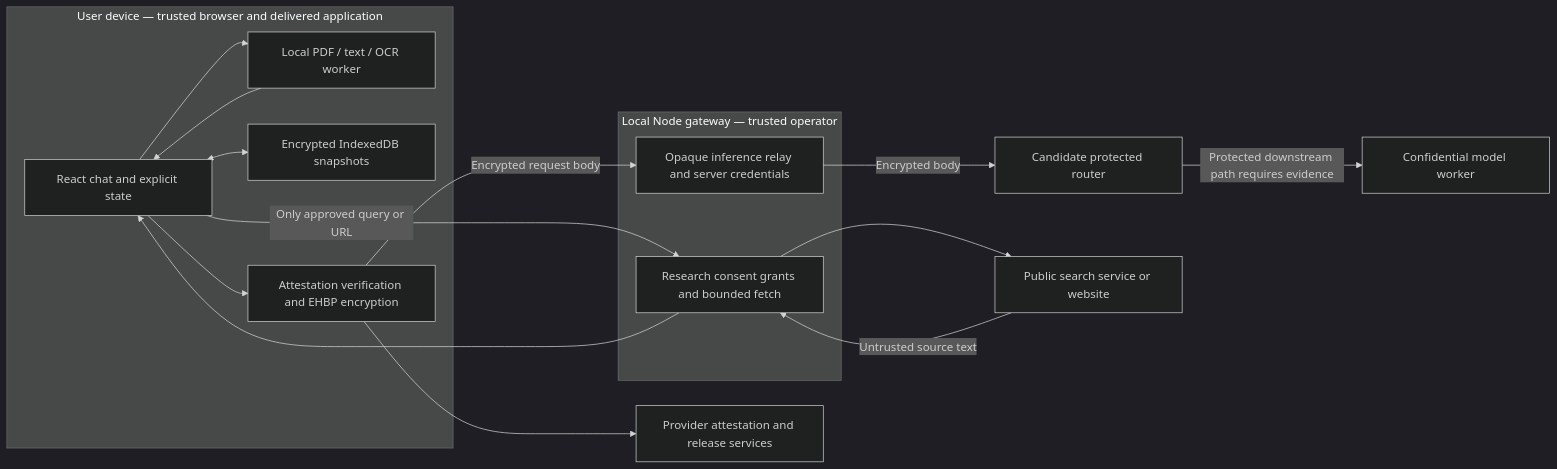
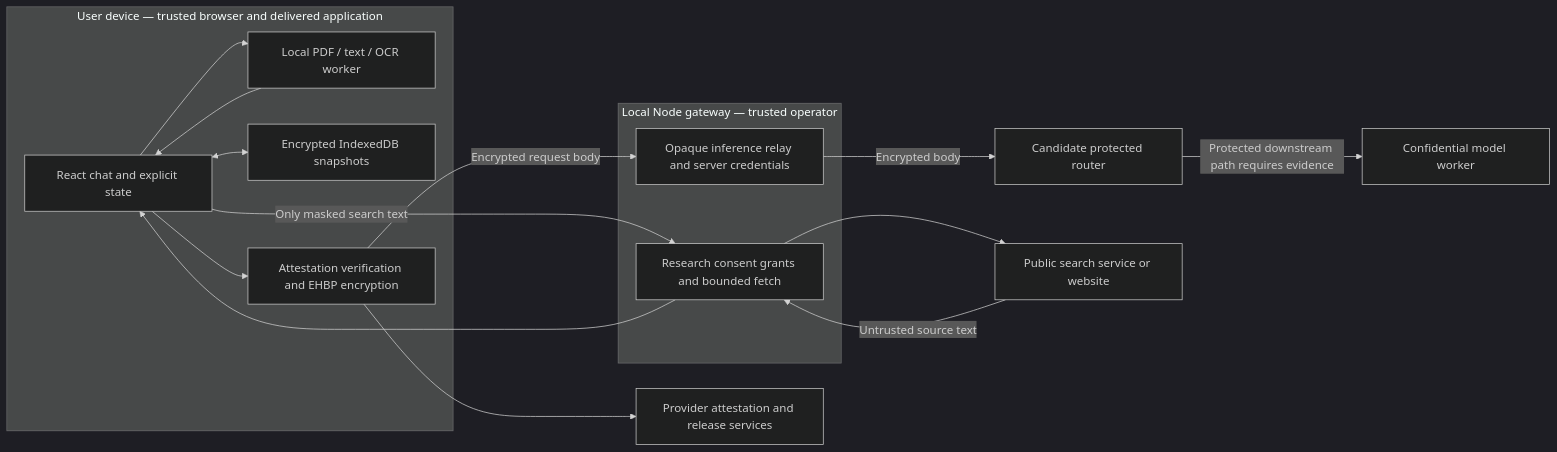
Before and after one commit to gyaneshsahu/Private_AI: the diagram in docs/ARCHITECTURE.md, drawn with Mermaid (dark theme). The commit also changed other lines of this file and 36 other files, not shown here.

````diff
--- a/docs/ARCHITECTURE.md
+++ b/docs/ARCHITECTURE.md
@@ -406,26 +406,26 @@
 ```mermaid
 flowchart LR
   subgraph Device[User device — trusted browser and delivered application]
     UI[React chat and explicit state]
     Worker[Local PDF / text / OCR worker]
     Vault[Encrypted IndexedDB snapshots]
     Verify[Attestation verification and EHBP encryption]
     UI --> Worker
     Worker --> UI
     UI <--> Vault
     UI --> Verify
   end
   Attestation[Provider attestation and release services]
   Verify --> Attestation
   subgraph Gateway[Local Node gateway — trusted operator]
     Relay[Opaque inference relay and server credentials]
     Grants[Research consent grants and bounded fetch]
   end
   Verify -->|Encrypted request body| Relay
   Relay -->|Encrypted body| Router[Candidate protected router]
   Router -->|Protected downstream path requires evidence| Model[Confidential model worker]
-  UI -->|Only approved query or URL| Grants
+  UI -->|Only masked search text| Grants
   Grants --> Public[Public search service or website]
   Public -->|Untrusted source text| Grants
   Grants --> UI
 ```
````
